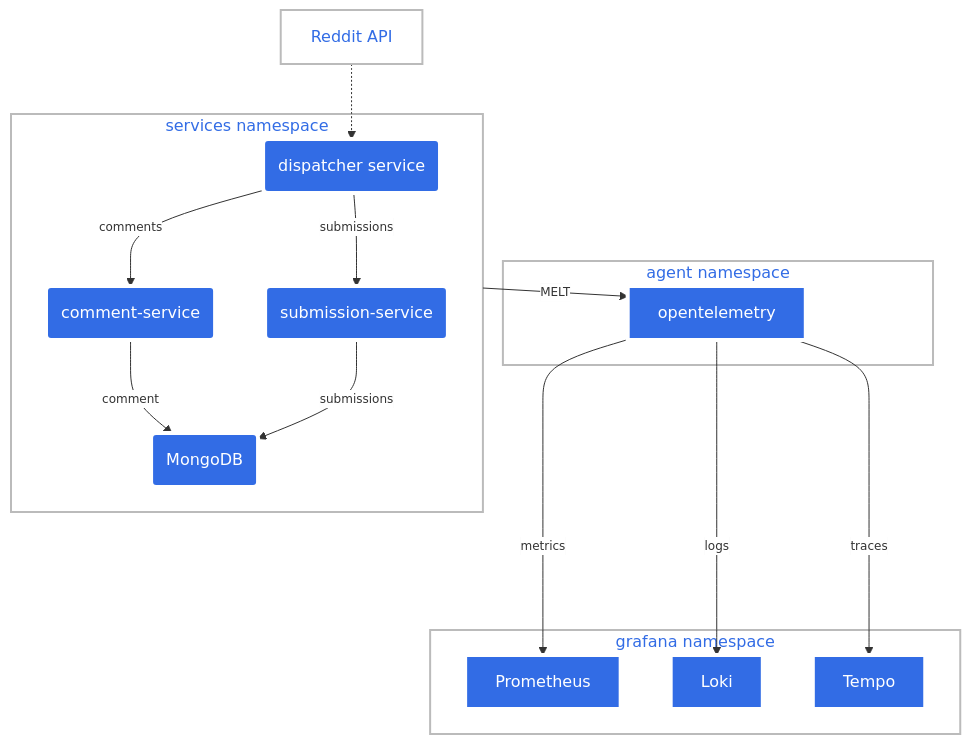
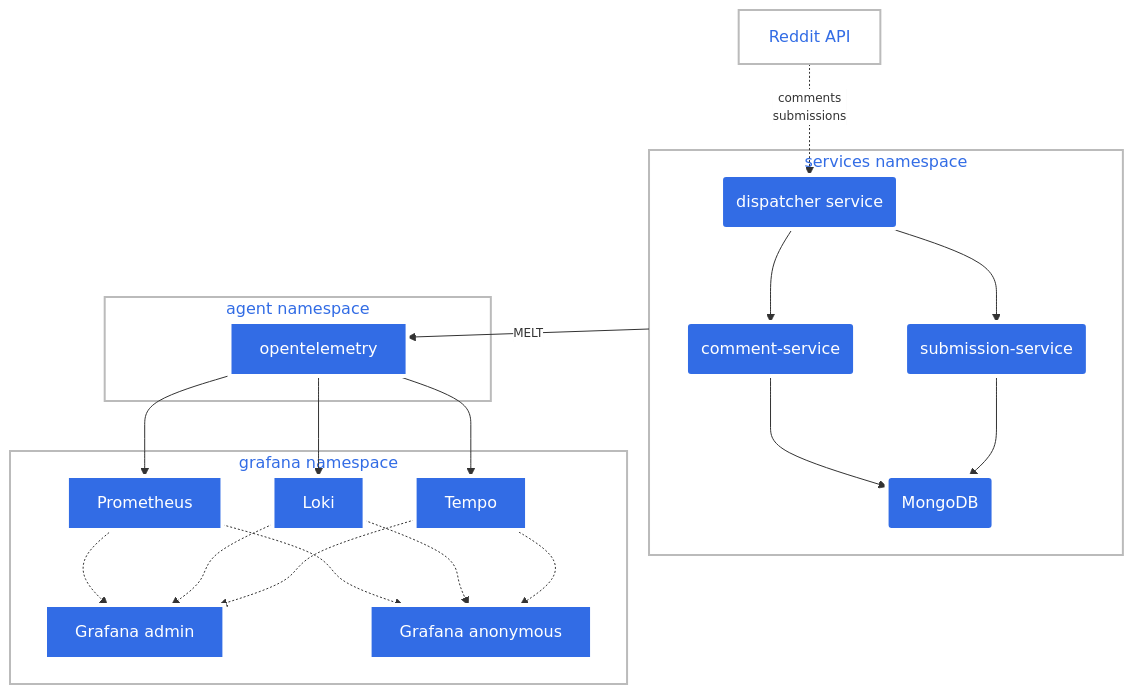
The diagram in pages/hld.md (flam-flam/flam-flam.github.io), drawn with Mermaid before and after one commit.

Commit message:
#29 slighe less insane arrangement of the diagram

```diff
--- a/pages/hld.md
+++ b/pages/hld.md
@@ -16,34 +16,27 @@
 <pre class="mermaid">
     graph TD
 
     subgraph services-namespace[services namespace]
-        dispatcher(dispatcher service) -->|comments| comment(comment-service)
-        dispatcher(dispatcher service) -->|submissions| submission(submission-service)
-        comment -->|comment| database(MongoDB)
-        submission -->|submissions| database(MongoDB)
+        dispatcher(dispatcher service) --> comment(comment-service) & submission(submission-service) --> database(MongoDB)
     end
 
     subgraph agent-namespace[agent namespace]
         otel[opentelemetry]
     end
 
     subgraph grafana-namespace[grafana namespace]
-
-        otel ----> |metrics| prom[Prometheus]
-        otel ----> |logs| loki[Loki]
-        otel ----> |traces| tempo[Tempo]
-
+        otel --> prom[Prometheus] & loki[Loki] & tempo[Tempo] -.-> grafana-admin[Grafana admin] & grafana-anonymous[Grafana anonymous]
     end
 
     services-namespace -->|MELT| otel
 
-    reddit[Reddit API] .-> dispatcher
+    reddit[Reddit API] -. comments<br>submissions.-> dispatcher
+
 
     classDef k8s-object fill:#326ce5,stroke:#fff,stroke-width:4px,color:#fff;
     classDef cluster fill:#fff,stroke:#bbb,stroke-width:2px,color:#326ce5;
     classDef edgeLabel background-color:#fff,font-size:9pt;
 
-    class dispatcher,comment,submission,database,otel,tempo,loki,prom,grafana-admin,grafana-anonymous,ingress k8s-object;
+    class dispatcher,comment,submission,database,otel,tempo,loki,prom,grafana-admin,grafana-anonymous k8s-object;
     class reddit,user cluster;
-
 </pre>
```
